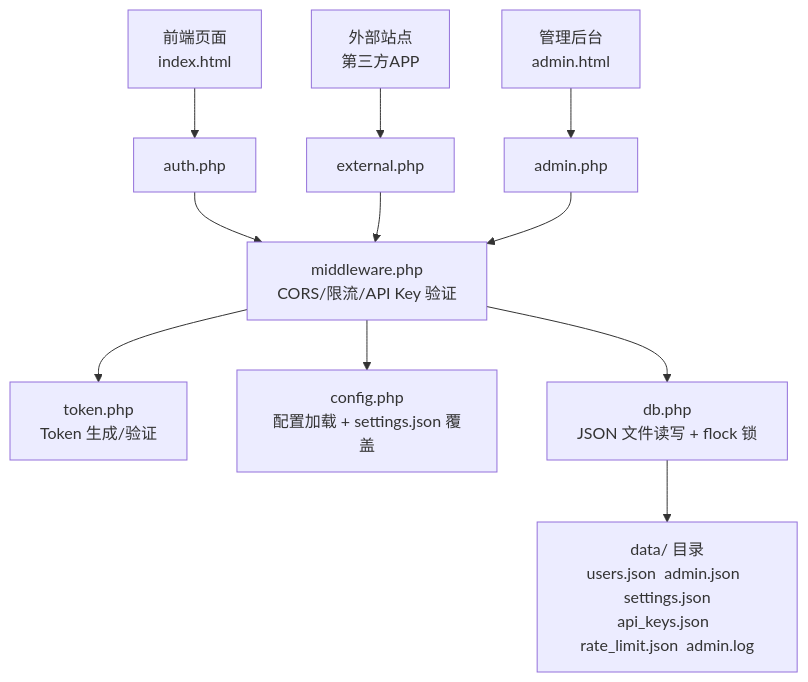
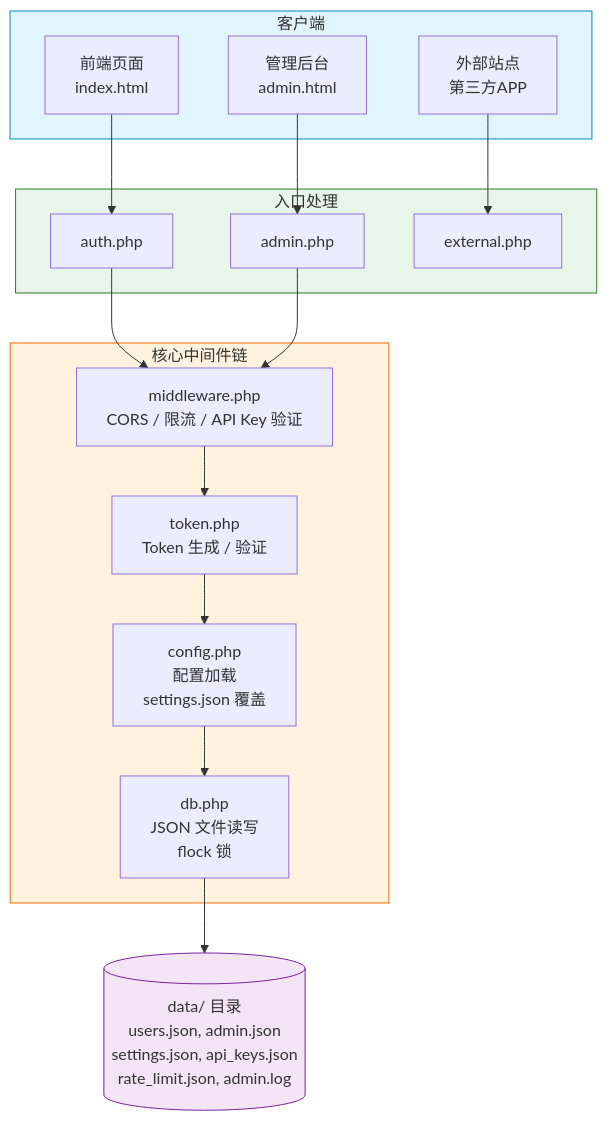
One commit to Youzix-Star/Mizuki changed the diagram in src/content/posts/lc.md. Above: the diagram before and after it, drawn with Mermaid. The commit also changed other lines of this file, not shown here.

Commit message:
Refactor mermaid diagrams for clarity and structure

````diff
--- a/src/content/posts/lc.md
+++ b/src/content/posts/lc.md
@@ -39,16 +39,35 @@
 ```mermaid
-flowchart TD
-    FE[前端页面<br/>index.html] --> auth[auth.php]
-    EXT[外部站点<br/>第三方APP] --> ext[external.php]
-    ADMIN[管理后台<br/>admin.html] --> adm[admin.php]
+graph TD
+    subgraph 客户端
+        style 客户端 fill:#e1f5fe,stroke:#0288d1
+        FE[前端页面<br/>index.html]
+        ADMIN[管理后台<br/>admin.html]
+        EXT[外部站点<br/>第三方APP]
+    end
 
-    auth --> mw[middleware.php<br/>CORS/限流/API Key 验证]
-    ext --> mw
-    adm --> mw
+    subgraph 入口处理
+        style 入口处理 fill:#e8f5e9,stroke:#2e7d32
+        AUTH[auth.php]
+        ADMP[admin.php]
+        EXTP[external.php]
+    end
 
-    mw --> tok[token.php<br/>Token 生成/验证]
-    mw --> conf[config.php<br/>配置加载 + settings.json 覆盖]
-    mw --> db[db.php<br/>JSON 文件读写 + flock 锁]
+    FE --> AUTH
+    ADMIN --> ADMP
+    EXT --> EXTP
 
-    db --> data[data/ 目录<br/>users.json  admin.json  settings.json<br/>api_keys.json  rate_limit.json  admin.log]
+    subgraph 核心中间件链
+        style 核心中间件链 fill:#fff3e0,stroke:#ef6c00
+        MW[middleware.php<br/>CORS / 限流 / API Key 验证]
+        TOKEN[token.php<br/>Token 生成 / 验证]
+        CONFIG[config.php<br/>配置加载<br/>settings.json 覆盖]
+        DB[db.php<br/>JSON 文件读写<br/>flock 锁]
+        MW --> TOKEN --> CONFIG --> DB
+    end
+
+    AUTH --> MW
+    ADMP --> MW
+
+    DB --> DATA[("data/ 目录<br/>users.json, admin.json<br/>settings.json, api_keys.json<br/>rate_limit.json, admin.log")]
+    style DATA fill:#f3e5f5,stroke:#7b1fa2
 ```
````
